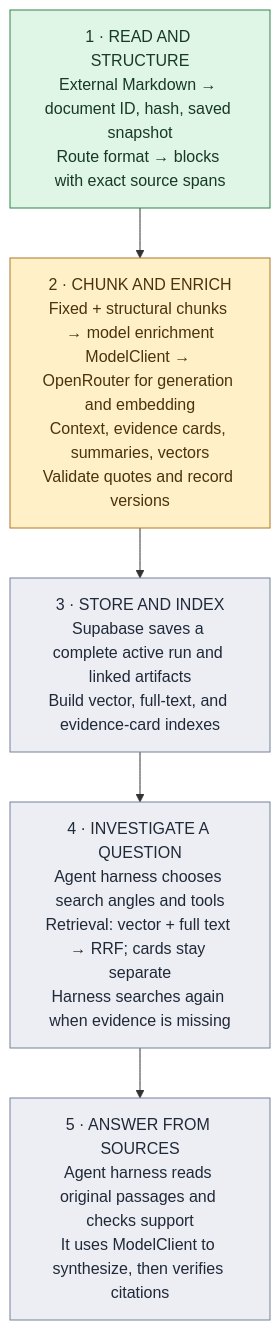
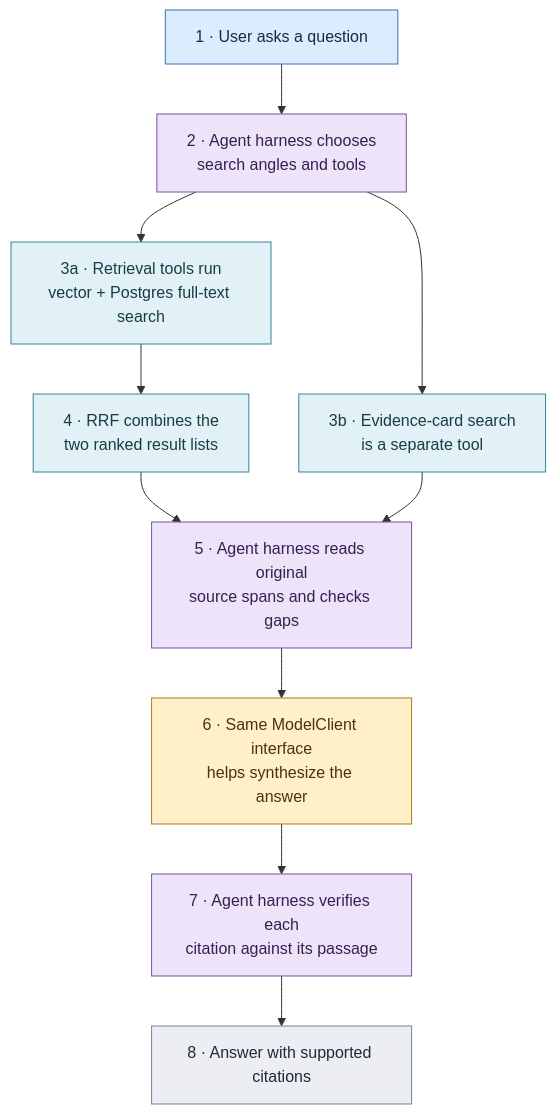
One commit to matteop92/knowledge-base-agent changed the second of 2 diagrams in SYSTEM.md. Above: the diagram before and after it, drawn with Mermaid. The commit also changed other lines of this file, not shown here.

Commit message:
docs: separate indexing and answer flows in system diagrams

````diff
--- a/SYSTEM.md
+++ b/SYSTEM.md
@@ -5,17 +46,23 @@
 ```mermaid
 flowchart TB
-    A["1 · READ AND STRUCTURE<br/>External Markdown → document ID, hash, saved snapshot<br/>Route format → blocks with exact source spans"]
-    B["2 · CHUNK AND ENRICH<br/>Fixed + structural chunks → model enrichment<br/>ModelClient → OpenRouter for generation and embedding<br/>Context, evidence cards, summaries, vectors<br/>Validate quotes and record versions"]
-    C["3 · STORE AND INDEX<br/>Supabase saves a complete active run and linked artifacts<br/>Build vector, full-text, and evidence-card indexes"]
-    D["4 · INVESTIGATE A QUESTION<br/>Agent harness chooses search angles and tools<br/>Retrieval: vector + full text → RRF; cards stay separate<br/>Harness searches again when evidence is missing"]
-    E["5 · ANSWER FROM SOURCES<br/>Agent harness reads original passages and checks support<br/>It uses ModelClient to synthesize, then verifies citations"]
+    QUESTION["1 · User asks a question"] --> PLAN["2 · Agent harness chooses<br/>search angles and tools"]
+    PLAN --> HYBRID["3a · Retrieval tools run<br/>vector + Postgres full-text search"]
+    HYBRID --> RRF["4 · RRF combines the<br/>two ranked result lists"]
+    PLAN --> CARDSEARCH["3b · Evidence-card search<br/>is a separate tool"]
+    RRF --> INSPECT["5 · Agent harness reads original<br/>source spans and checks gaps"]
+    CARDSEARCH --> INSPECT
+    INSPECT --> MODEL["6 · Same ModelClient interface<br/>helps synthesize the answer"]
+    MODEL --> CITE["7 · Agent harness verifies each<br/>citation against its passage"]
+    CITE --> ANSWER["8 · Answer with supported citations"]
 
-    A --> B --> C --> D --> E
-
-    classDef working fill:#dff5e5,stroke:#30834a,color:#173a24
-    classDef coded fill:#fff0c7,stroke:#ad7923,color:#4b330b
-    classDef planned fill:#eceef3,stroke:#758097,color:#202938
-    class A working
-    class B coded
-    class C,D,E planned
+    classDef input fill:#dcecff,stroke:#3973b9,color:#132b48
+    classDef harness fill:#eee4fa,stroke:#7752a6,color:#35204f
+    classDef retrieval fill:#e1f1f5,stroke:#37839a,color:#173d49
+    classDef model fill:#fff0c7,stroke:#ad7923,color:#4b330b
+    classDef output fill:#eceef3,stroke:#758097,color:#202938
+    class QUESTION input
+    class PLAN,INSPECT,CITE harness
+    class HYBRID,RRF,CARDSEARCH retrieval
+    class MODEL model
+    class ANSWER output
 ```
````
